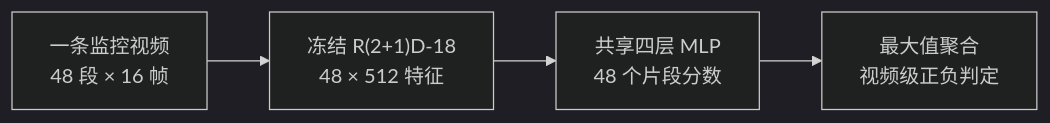
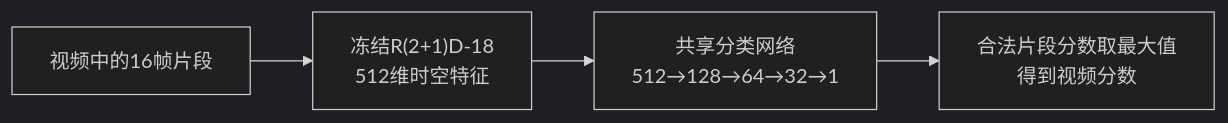
One commit to heiferleaf/debris-flow-thesis changed the diagram in README.md. Above: the diagram before and after it, drawn with Mermaid (dark theme). The commit also changed other lines of this file and 35 other files, not shown here.

````diff
--- a/README.md
+++ b/README.md
@@ -55,6 +44,6 @@
 ```mermaid
 flowchart LR
-    A["一条监控视频<br/>48 段 × 16 帧"] --> B["冻结 R(2+1)D-18<br/>48 × 512 特征"]
-    B --> C["共享四层 MLP<br/>48 个片段分数"]
-    C --> D["最大值聚合<br/>视频级正负判定"]
+    A["视频中的16帧片段"] --> B["冻结R(2+1)D-18<br/>512维时空特征"]
+    B --> C["共享分类网络<br/>512→128→64→32→1"]
+    C --> D["合法片段分数取最大值<br/>得到视频分数"]
 ```
````
